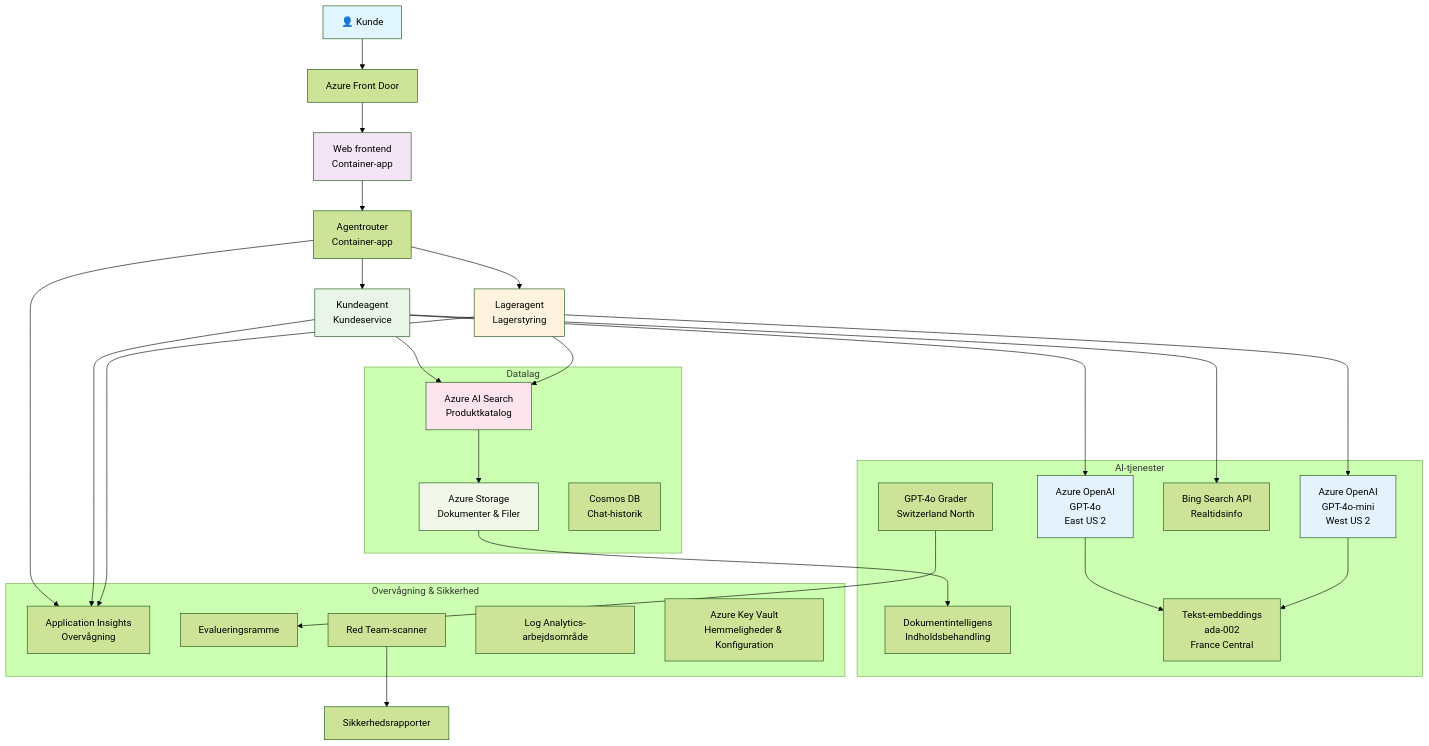
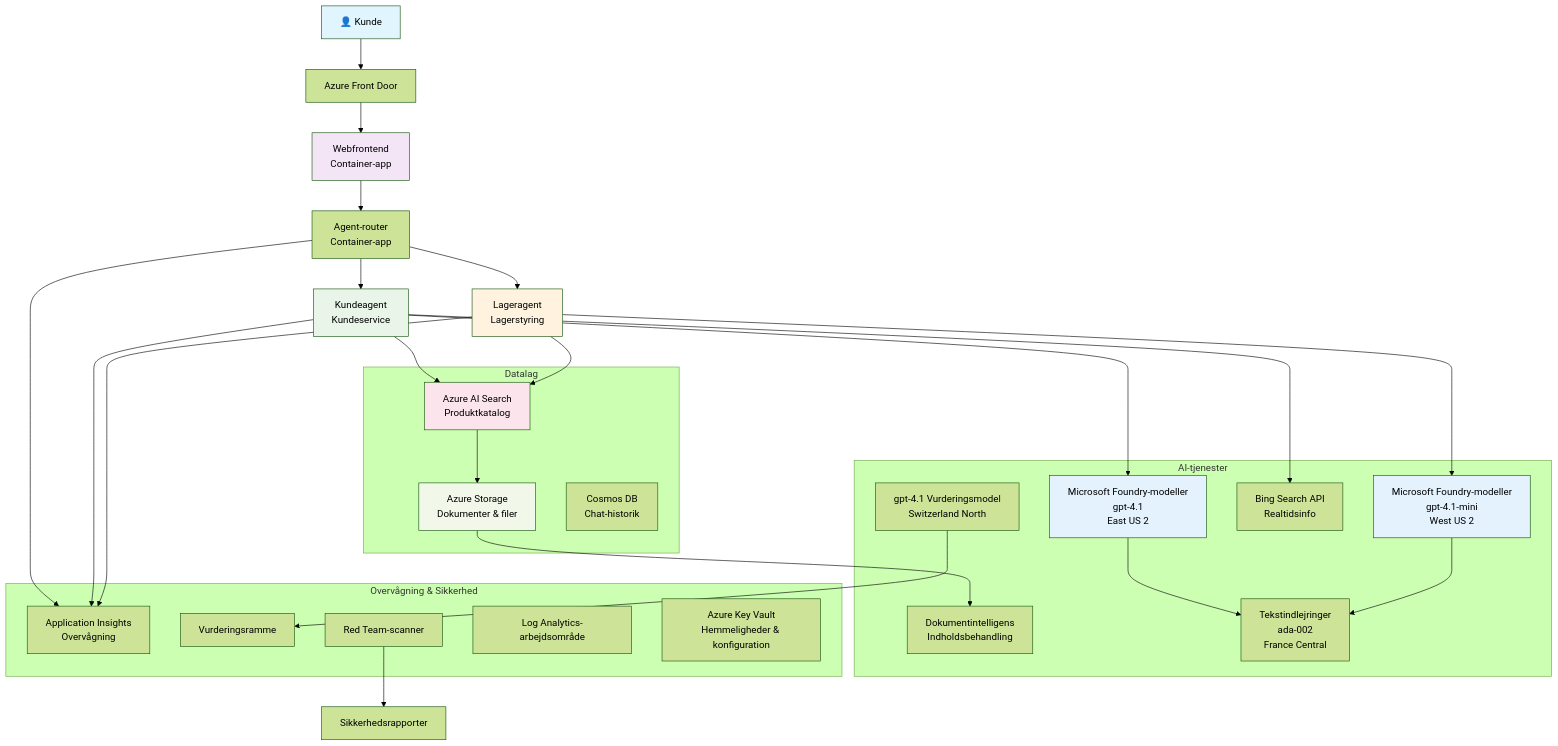
The diagram in translations/da/examples/retail-scenario.md (microsoft/AZD-for-beginners), drawn with Mermaid (forest theme) before and after one commit. The commit also changed other lines of this file and 101 other files, not shown here.

````diff
--- a/translations/da/examples/retail-scenario.md
+++ b/translations/da/examples/retail-scenario.md
@@ -139,61 +139,61 @@
 ```mermaid
 graph TB
     User[👤 Kunde] --> LB[Azure Front Door]
-    LB --> WebApp[Web frontend<br/>Container-app]
+    LB --> WebApp[Webfrontend<br/>Container-app]
     
-    WebApp --> Router[Agentrouter<br/>Container-app]
+    WebApp --> Router[Agent-router<br/>Container-app]
     Router --> CustomerAgent[Kundeagent<br/>Kundeservice]
     Router --> InvAgent[Lageragent<br/>Lagerstyring]
     
-    CustomerAgent --> OpenAI1[Azure OpenAI<br/>GPT-4o<br/>East US 2]
-    InvAgent --> OpenAI2[Azure OpenAI<br/>GPT-4o-mini<br/>West US 2]
+    CustomerAgent --> OpenAI1[Microsoft Foundry-modeller<br/>gpt-4.1<br/>East US 2]
+    InvAgent --> OpenAI2[Microsoft Foundry-modeller<br/>gpt-4.1-mini<br/>West US 2]
     
     CustomerAgent --> AISearch[Azure AI Search<br/>Produktkatalog]
     CustomerAgent --> BingSearch[Bing Search API<br/>Realtidsinfo]
     InvAgent --> AISearch
     
-    AISearch --> Storage[Azure Storage<br/>Dokumenter & Filer]
+    AISearch --> Storage[Azure Storage<br/>Dokumenter & filer]
     Storage --> DocIntel[Dokumentintelligens<br/>Indholdsbehandling]
     
-    OpenAI1 --> Embeddings[Tekst-embeddings<br/>ada-002<br/>France Central]
+    OpenAI1 --> Embeddings[Tekstindlejringer<br/>ada-002<br/>France Central]
     OpenAI2 --> Embeddings
     
     Router --> AppInsights[Application Insights<br/>Overvågning]
     CustomerAgent --> AppInsights
     InvAgent --> AppInsights
     
-    GraderModel[GPT-4o Grader<br/>Switzerland North] --> Evaluation[Evalueringsramme]
+    GraderModel[gpt-4.1 Vurderingsmodel<br/>Switzerland North] --> Evaluation[Vurderingsramme]
     RedTeam[Red Team-scanner] --> SecurityReports[Sikkerhedsrapporter]
     
     subgraph "Datalag"
         Storage
         AISearch
         CosmosDB[Cosmos DB<br/>Chat-historik]
     end
     
     subgraph "AI-tjenester"
         OpenAI1
         OpenAI2
         Embeddings
         GraderModel
         DocIntel
         BingSearch
     end
     
     subgraph "Overvågning & Sikkerhed"
         AppInsights
         LogAnalytics[Log Analytics-arbejdsområde]
-        KeyVault[Azure Key Vault<br/>Hemmeligheder & Konfiguration]
+        KeyVault[Azure Key Vault<br/>Hemmeligheder & konfiguration]
         RedTeam
         Evaluation
     end
     
     style User fill:#e1f5fe
     style WebApp fill:#f3e5f5
     style CustomerAgent fill:#e8f5e8
     style InvAgent fill:#fff3e0
     style OpenAI1 fill:#e3f2fd
     style OpenAI2 fill:#e3f2fd
     style AISearch fill:#fce4ec
     style Storage fill:#f1f8e9
 ```
````
